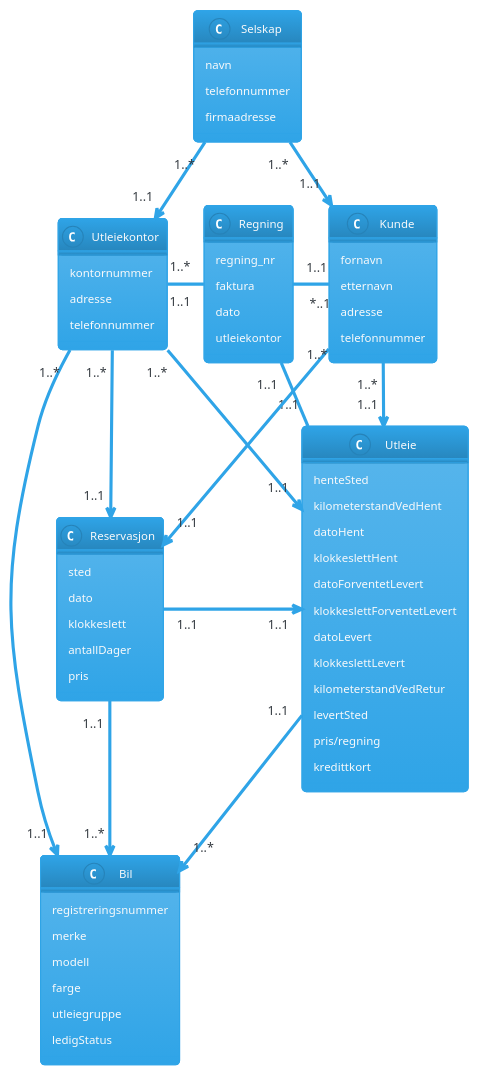
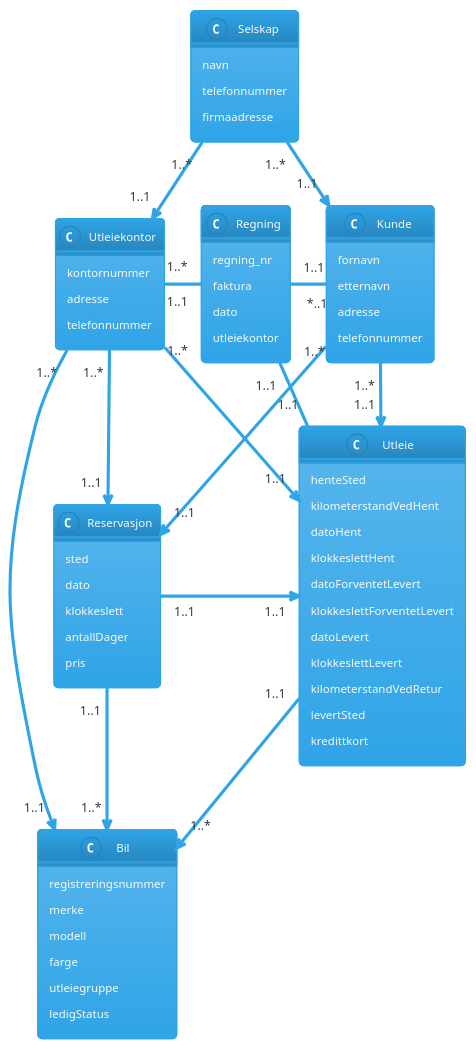
The diagram in diagrammer/klassediagram.puml (h598062/DAT109-Oblig2), drawn with PlantUML before and after one commit.

Commit message:
fjernet felt som ikke skal være der

```diff
--- a/diagrammer/klassediagram.puml
+++ b/diagrammer/klassediagram.puml
@@ -1,73 +1,72 @@
 @startuml Klassediagram - Oblig2
 'https://plantuml.com/class-diagram
 
 !theme cerulean
 
 class "Utleiekontor"    as uk {
 	kontornummer
 	adresse
 	telefonnummer
 }
 class "Bil"             as b  {
 	registreringsnummer
 	merke
 	modell
 	farge
 	utleiegruppe
 	ledigStatus
 }
 class "Kunde"           as k  {
 	fornavn
 	etternavn
 	adresse
 	telefonnummer
 }
 class "Reservasjon"     as r  {
 	sted
 	dato
 	klokkeslett
 	antallDager
 	pris
 }
 class "Regning"         as rg {
 	regning_nr
 	faktura
 	dato
 	utleiekontor
 
 }
 class "Utleie"          as u  {
 	henteSted
     kilometerstandVedHent
     datoHent
     klokkeslettHent
     datoForventetLevert
     klokkeslettForventetLevert
     datoLevert
     klokkeslettLevert
     kilometerstandVedRetur
     levertSted
-    pris/regning
     kredittkort
 }
 class "Selskap"         as s {
 	navn
 	telefonnummer
 	firmaadresse
 }
 
 s  "1..*" -down->  "1..1" uk
 s  "1..*" -down->  "1..1" k
 uk "1..*" -down->  "1..1" r
 uk "1..*" -right-  "1..1" rg
 rg "1..1" -right-  " *..1" k
 uk "1..*" -down->  "1..1" u
 u  "1..1" -up-     "1..1" rg
 uk "1..*" -down->  "1..1" b
 k  "1..*" -down->  "1..1" u
 k  "1..*" -down->  "1..1" r
 u  "1..1" -down->  "1..*" b
 r  "1..1" -down->  "1..*" b
 r  "1..1" -right-> "1..1" u : "                            "
 
 @enduml
```
